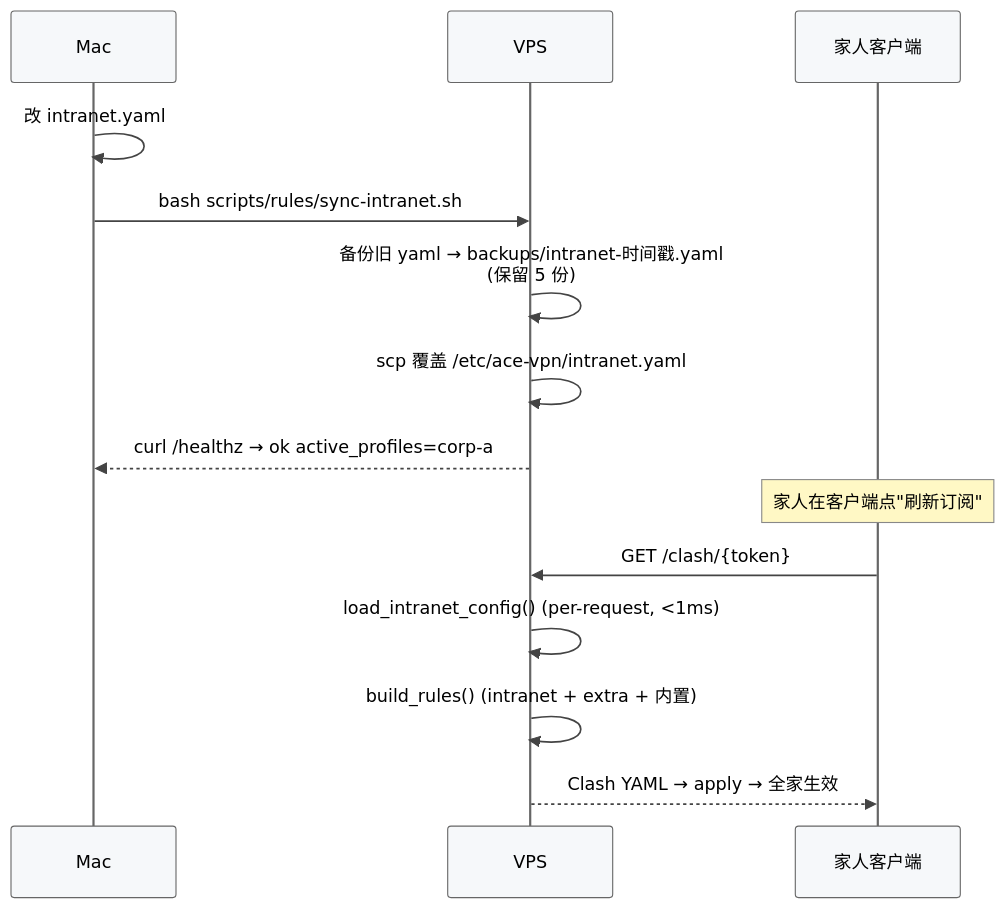
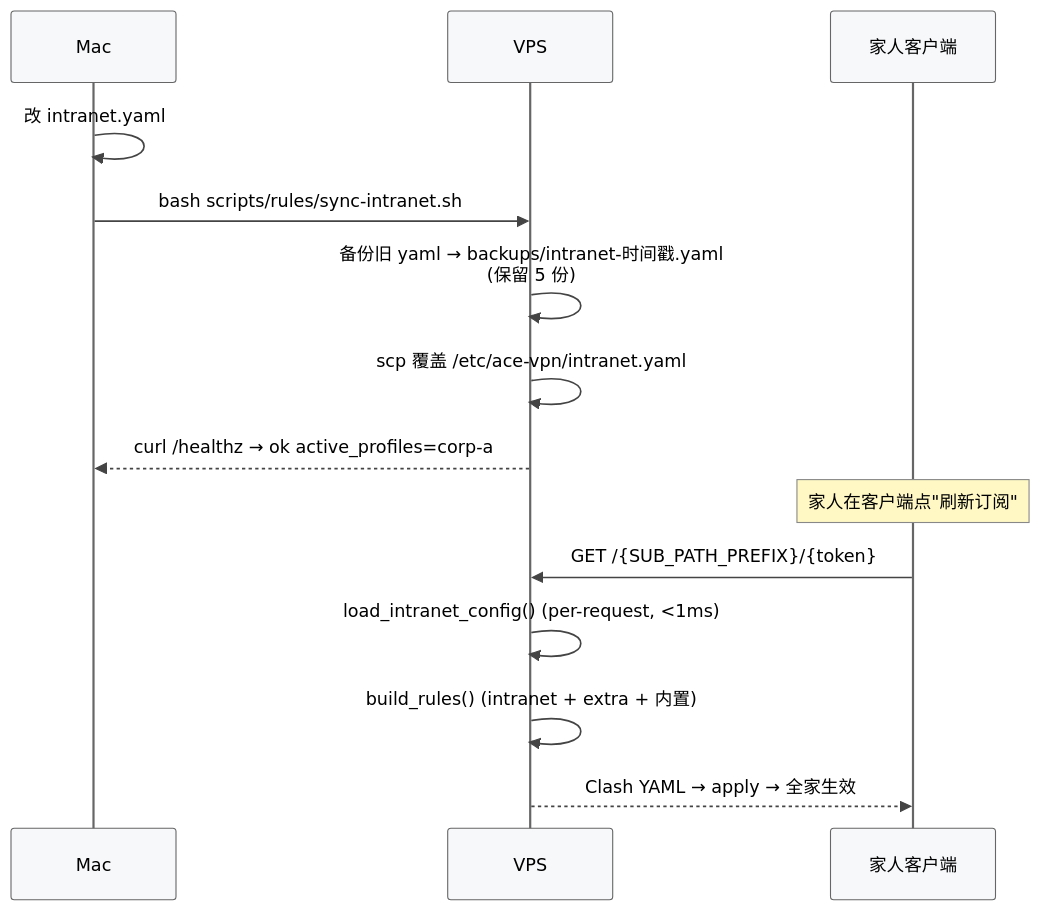
Before and after one commit to xiaonancs/ace-vpn: the second of 6 diagrams in docs/ACE架构设计.md, drawn with Mermaid. The commit also changed other lines of this file and 16 other files, not shown here.

````diff
--- a/docs/ACE架构设计.md
+++ b/docs/ACE架构设计.md
@@ -118,17 +118,17 @@
 ```mermaid
 %%{init: {"theme": "base", "themeCSS": "svg { background: #ffffff !important; } .label, .messageText, .loopText, .noteText, text { color: #000000 !important; fill: #000000 !important; }", "themeVariables": {"background": "#ffffff", "mainBkg": "#ffffff", "primaryColor": "#ffffff", "primaryTextColor": "#000000", "primaryBorderColor": "#333333", "lineColor": "#444444", "actorBkg": "#f6f8fa", "actorBorder": "#666666", "actorTextColor": "#000000", "activationBkgColor": "#ffffff", "activationBorderColor": "#333333", "noteBkgColor": "#fff8c5", "noteBorderColor": "#888888", "noteTextColor": "#000000", "signalColor": "#444444", "signalTextColor": "#000000"}}}%%
 sequenceDiagram
     participant Mac
     participant VPS
     participant Cli as 家人客户端
     Mac->>Mac: 改 intranet.yaml
     Mac->>VPS: bash scripts/rules/sync-intranet.sh 
     VPS->>VPS: 备份旧 yaml → backups/intranet-时间戳.yaml<br/>(保留 5 份)
     VPS->>VPS: scp 覆盖 /etc/ace-vpn/intranet.yaml
     VPS-->>Mac: curl /healthz → ok active_profiles=corp-a
     Note over Cli: 家人在客户端点"刷新订阅"
-    Cli->>VPS: GET /clash/{token}
+    Cli->>VPS: GET /{SUB_PATH_PREFIX}/{token}
     VPS->>VPS: load_intranet_config() (per-request, <1ms)
     VPS->>VPS: build_rules() (intranet + extra + 内置)
     VPS-->>Cli: Clash YAML → apply → 全家生效
 ```
````
